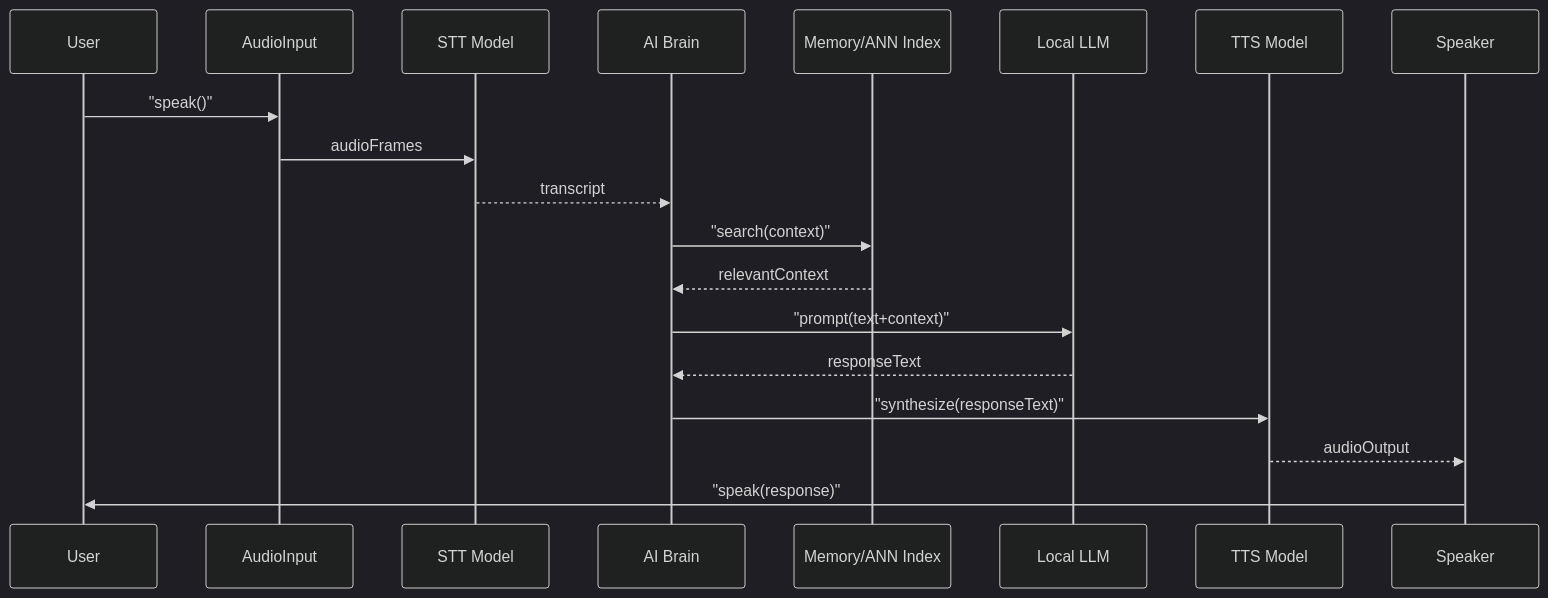
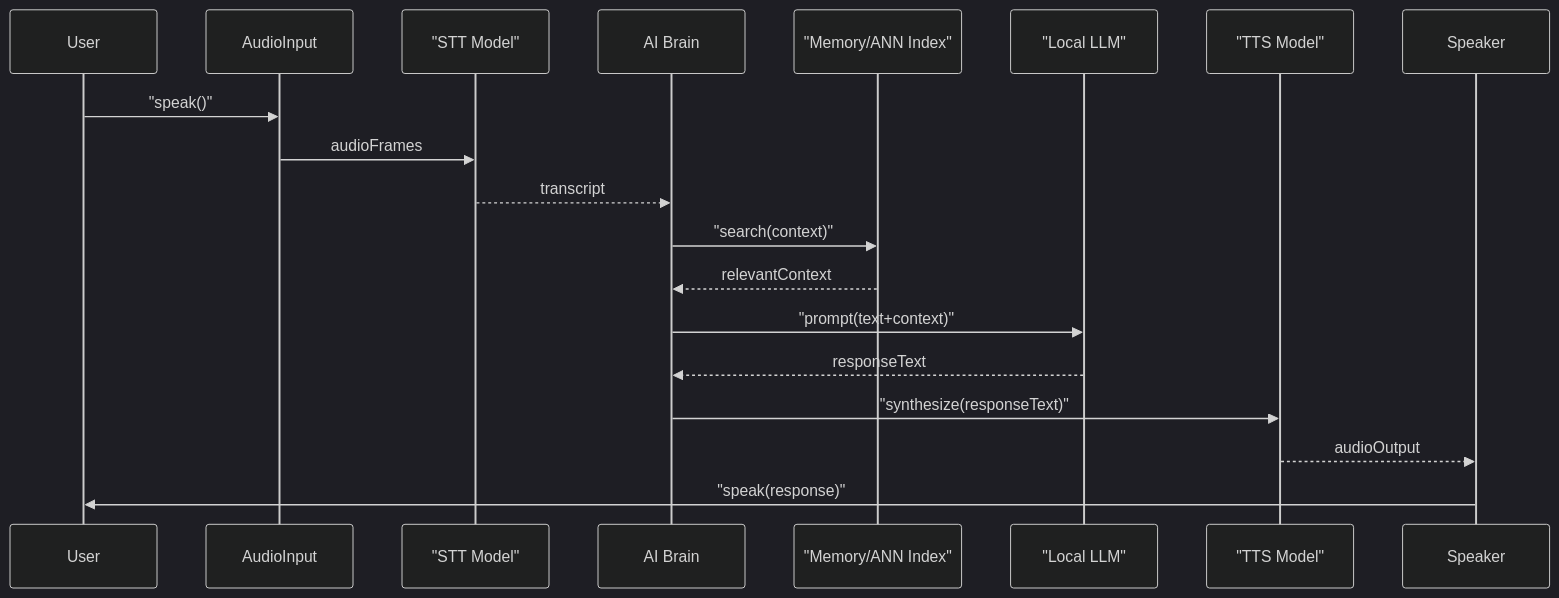
Before and after one commit to Aniket-a14/AI_friend: the first of 2 diagrams in docs/LATENCY_IMPROVEMENT.md, drawn with Mermaid (dark theme). The commit also changed other lines of this file and 2 other files, not shown here.

Commit message:
docs: update executive summary and technical recommendations for hybrid cognitive architecture, decision systems, and memory management

````diff
--- a/docs/LATENCY_IMPROVEMENT.md
+++ b/docs/LATENCY_IMPROVEMENT.md
@@ -79,22 +79,22 @@
 ```mermaid
 sequenceDiagram
     participant U as User
     participant MIC as AudioInput
-    participant STT as STT Model
+    participant STT as "STT Model"
     participant Brain as AI Brain
-    participant Mem as Memory/ANN Index
-    participant LLM as Local LLM
-    participant TTS as TTS Model
+    participant Mem as "Memory/ANN Index"
+    participant LLM as "Local LLM"
+    participant TTS as "TTS Model"
     participant SPK as Speaker
 
     U->>MIC: "speak()"
     MIC->>STT: audioFrames
     STT-->>Brain: transcript
     Brain->>Mem: "search(context)"
     Mem-->>Brain: relevantContext
     Brain->>LLM: "prompt(text+context)"
     LLM-->>Brain: responseText
     Brain->>TTS: "synthesize(responseText)"
     TTS-->>SPK: audioOutput
     SPK->>U: "speak(response)"
 ```
````
